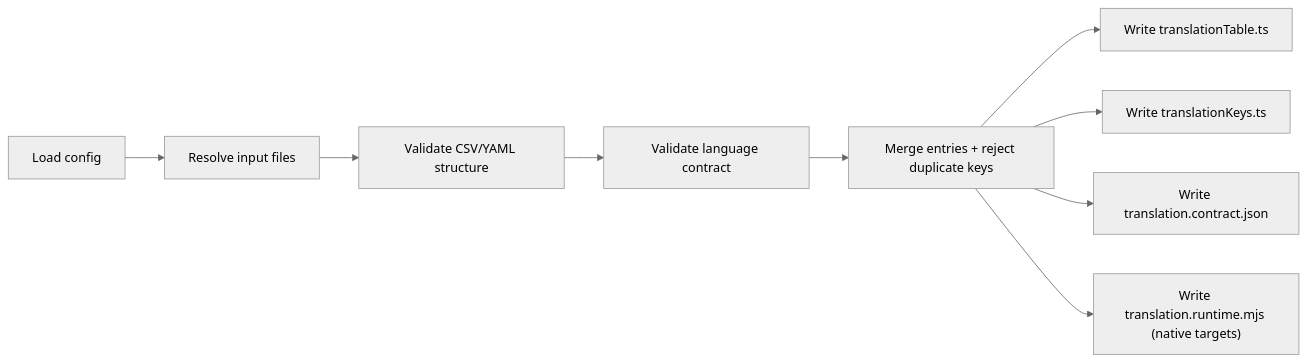
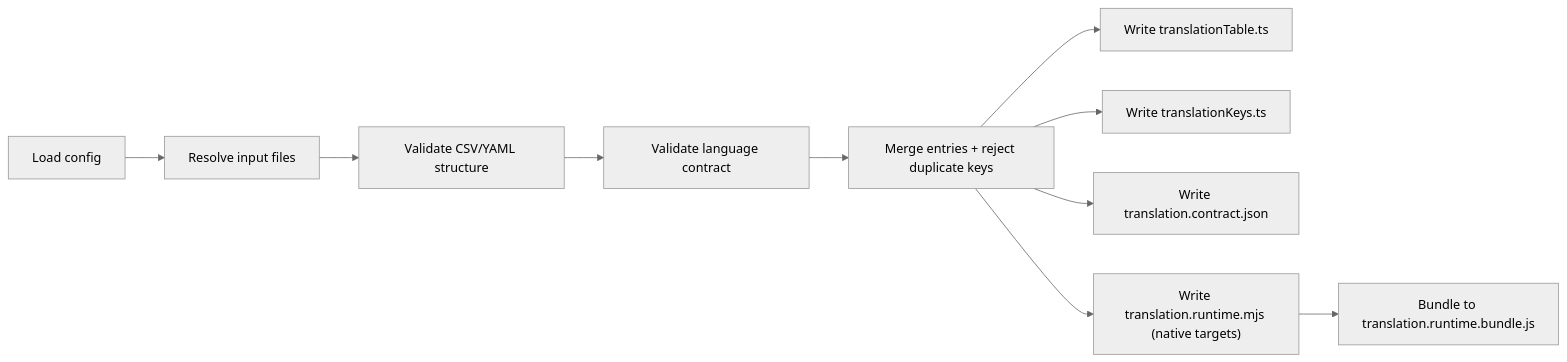
Before and after one commit to Michael--/typekit-i18n: the diagram in apps/docs-site/docs/codegen-cli.md, drawn with Mermaid (neutral theme). The commit also changed other lines of this file and 9 other files, not shown here.

````diff
--- a/apps/docs-site/docs/codegen-cli.md
+++ b/apps/docs-site/docs/codegen-cli.md
@@ -143,11 +144,12 @@
 ```mermaid
 flowchart LR
   A["Load config"] --> B["Resolve input files"]
   B --> C["Validate CSV/YAML structure"]
   C --> D["Validate language contract"]
   D --> E["Merge entries + reject duplicate keys"]
   E --> F["Write translationTable.ts"]
   E --> G["Write translationKeys.ts"]
   E --> H["Write translation.contract.json"]
   E --> I["Write translation.runtime.mjs (native targets)"]
+  I --> J["Bundle to translation.runtime.bundle.js"]
 ```
````
